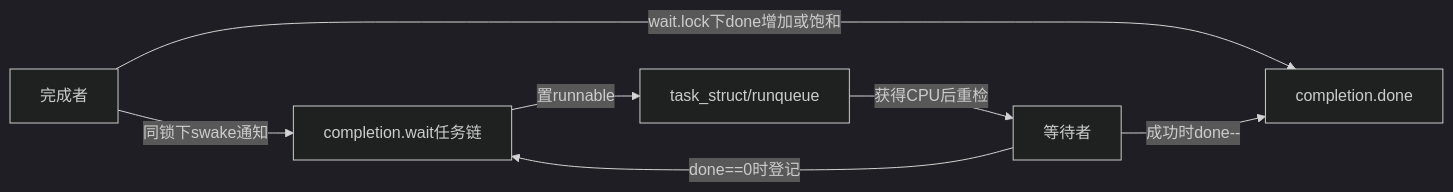
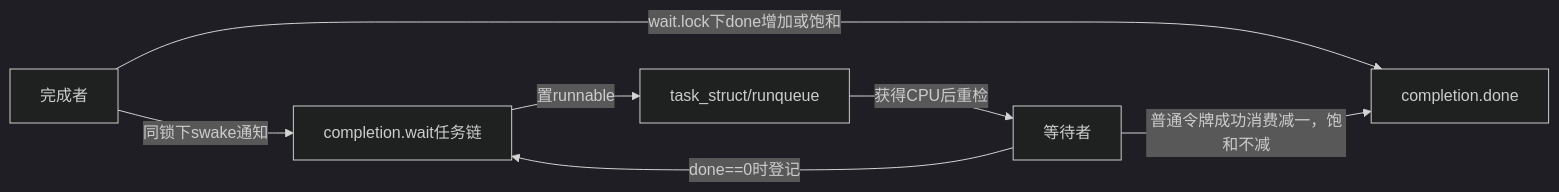
Before and after one commit to FormingSystem/linux_note: the first of 2 diagrams in knowledge/linux/synchronization_and_asynchrony/synchronization/waiting_notification/P06_completion令牌状态与调用链.md, drawn with Mermaid (dark theme). The commit also changed other lines of this file and 5 other files, not shown here.

````diff
--- a/knowledge/linux/synchronization_and_asynchrony/synchronization/waiting_notification/P06_completion令牌状态与调用链.md
+++ b/knowledge/linux/synchronization_and_asynchrony/synchronization/waiting_notification/P06_completion令牌状态与调用链.md
@@ -20,9 +20,9 @@
 ```mermaid
 flowchart LR
     C["完成者"] -->|"wait.lock下done增加或饱和"| D["completion.done"]
     C -->|"同锁下swake通知"| Q["completion.wait任务链"]
     W["等待者"] -->|"done==0时登记"| Q
-    W -->|"成功时done--"| D
+    W -->|"普通令牌成功消费减一，饱和不减"| D
     Q -->|"置runnable"| T["task_struct/runqueue"]
     T -->|"获得CPU后重检"| W
 ```
````
